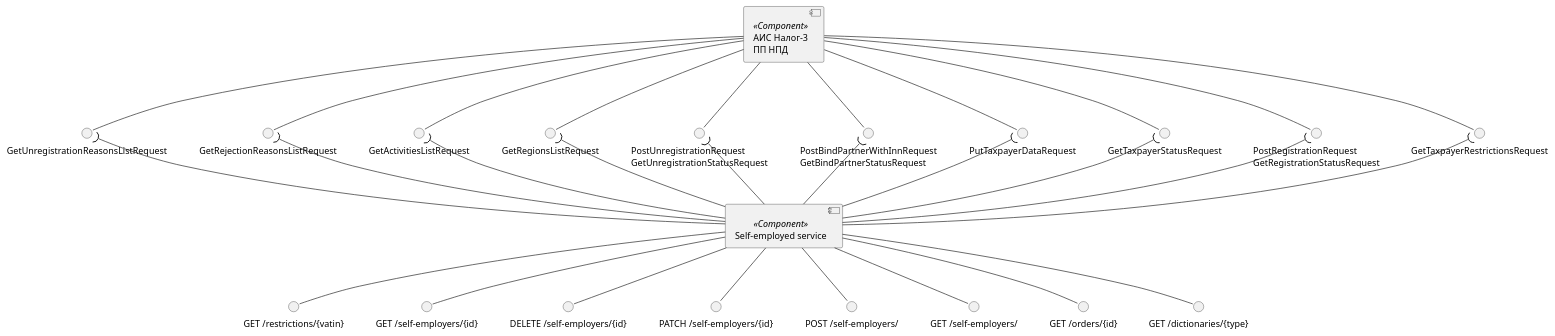
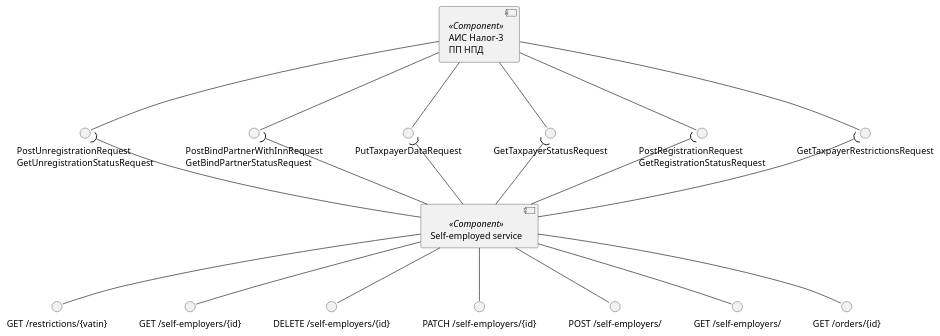
One commit to RaikBitters/ibank-internal-services changed the first of 6 diagrams in diagrams/self-employed-service/components.wsd. Above: the diagram before and after it, drawn with PlantUML. The commit also changed other lines of this file and 5 other files, not shown here.

```diff
--- a/diagrams/self-employed-service/components.wsd
+++ b/diagrams/self-employed-service/components.wsd
@@ -1,56 +1,42 @@
 @startuml self-employer
 
 component "АИС Налог-3\nПП НПД" as Tax3 <<Component>>
 interface "GetTaxpayerRestrictionsRequest" as TaxpayerRestrictions
 interface "PostRegistrationRequest\nGetRegistrationStatusRequest" as Registration
 interface "GetTaxpayerStatusRequest" as TaxpayerStatus
 interface "PutTaxpayerDataRequest" as TaxpayerData
 interface "PostBindPartnerWithInnRequest\nGetBindPartnerStatusRequest" as BindPartner
 interface "PostUnregistrationRequest\nGetUnregistrationStatusRequest" as Unregistration
-interface "GetRegionsListRequest" as GetRegionsList
-interface "GetActivitiesListRequest" as GetActivitiesList
-interface "GetRejectionReasonsListRequest" as GetRejectionReasonsList
-interface "GetUnregistrationReasonsListRequest" as GetUnregistrationReasonsList
 
 Tax3 --() TaxpayerRestrictions
 Tax3 --() Registration
 Tax3 --() TaxpayerStatus
 Tax3 --() TaxpayerData
 Tax3 --() BindPartner
 Tax3 --() Unregistration
-Tax3 --() GetRegionsList
-Tax3 --() GetActivitiesList
-Tax3 --() GetRejectionReasonsList
-Tax3 --() GetUnregistrationReasonsList
 
 component "Self-employed service" as SelfEmplService <<Component>>
 interface "GET /restrictions/{vatin}" as getRestrictions
 interface "GET /self-employers/{id}" as getSelfEmplsId
 interface "DELETE /self-employers/{id}" as delSelfEmplsId
 interface "PATCH /self-employers/{id}" as patchSelfEmplsId
 interface "POST /self-employers/" as postSelfEmpls
 interface "GET /self-employers/" as getSelfEmpls
 interface "GET /orders/{id}" as getOrdersId
-interface "GET /dictionaries/{type}" as getDictionary
 
 SelfEmplService --() getRestrictions
 SelfEmplService --() getSelfEmpls
 SelfEmplService --() postSelfEmpls
 SelfEmplService --() getSelfEmplsId
 SelfEmplService --() patchSelfEmplsId
 SelfEmplService --() delSelfEmplsId
 SelfEmplService --() getOrdersId
-SelfEmplService --() getDictionary
 
 SelfEmplService -up-( TaxpayerRestrictions
 SelfEmplService -up-( Registration
 SelfEmplService -up-( TaxpayerStatus
 SelfEmplService -up-( TaxpayerData
 SelfEmplService -up-( BindPartner
 SelfEmplService -up-( Unregistration
-SelfEmplService -up-( GetRegionsList
-SelfEmplService -up-( GetActivitiesList
-SelfEmplService -up-( GetRejectionReasonsList
-SelfEmplService -up-( GetUnregistrationReasonsList
 
 @enduml
```
